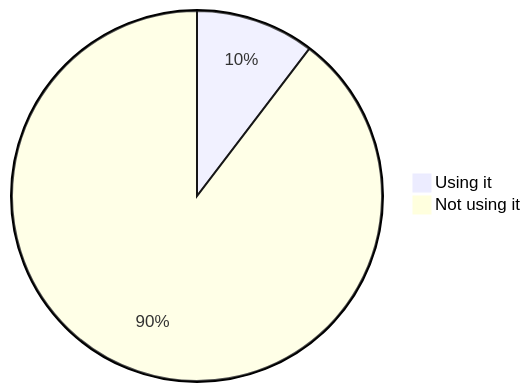
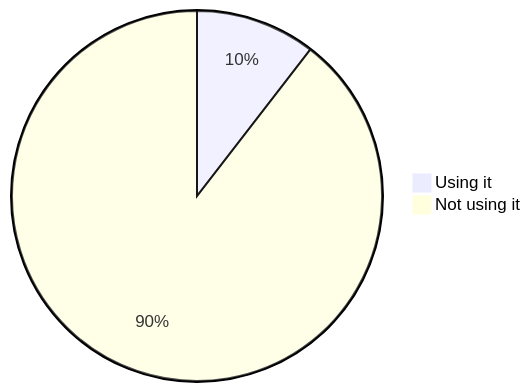
One commit to oshp/oshp-stats changed the fourth of 22 diagrams in stats.md. Above: the diagram before and after it, drawn with Mermaid. The commit also changed other lines of this file, not shown here.

````diff
--- a/stats.md
+++ b/stats.md
@@ -46,6 +46,6 @@
 ```mermaid
 pie
-	"Using it" : 10.37
-	"Not using it" : 89.63
+	"Using it" : 10.48
+	"Not using it" : 89.52
 
 ```
````
